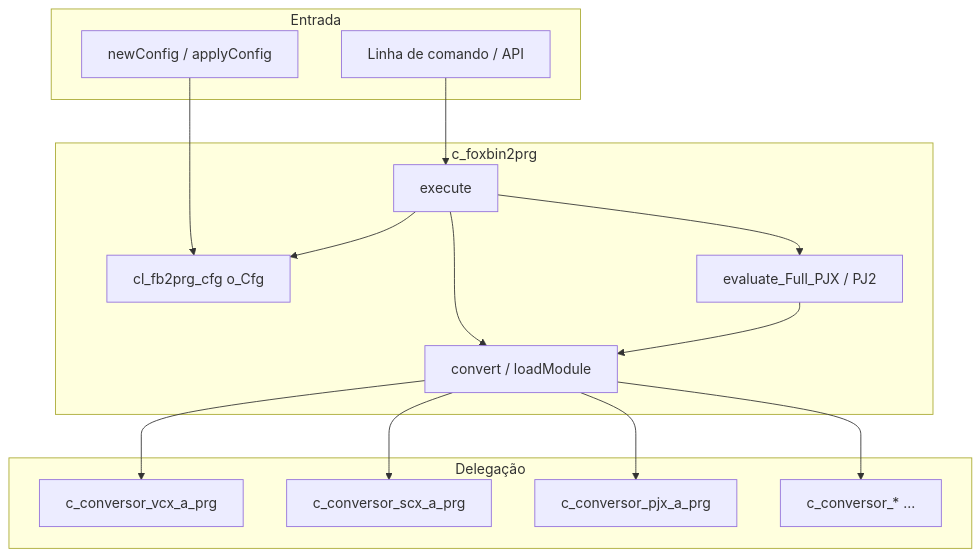
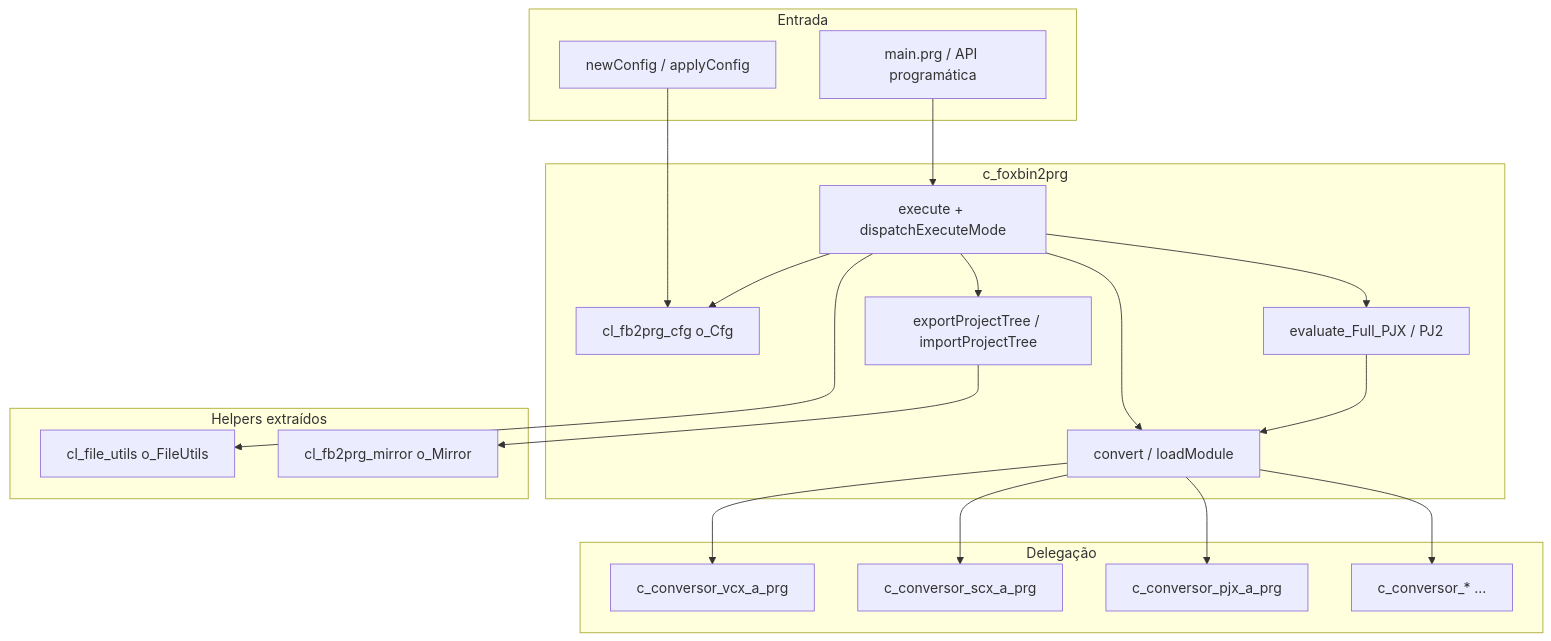
Before and after one commit to lkmatsumura/foxbin2prg: the first of 2 diagrams in docs/c_foxbin2prg_ClassAnalysis.md, drawn with Mermaid. The commit also changed other lines of this file and 2 other files, not shown here.

First line of the commit message:
refactor: Update class documentation and enhance project structure

````diff
--- a/docs/c_foxbin2prg_ClassAnalysis.md
+++ b/docs/c_foxbin2prg_ClassAnalysis.md
@@ -13,29 +13,38 @@
 ```mermaid
 flowchart TB
     subgraph entrada [Entrada]
-        CLI[Linha de comando / API]
+        CLI[main.prg / API programática]
         CFG[newConfig / applyConfig]
     end
 
     subgraph core [c_foxbin2prg]
-        EXEC[execute]
+        EXEC[execute + dispatchExecuteMode]
         CFGM[cl_fb2prg_cfg o_Cfg]
         CONV[convert / loadModule]
         PROJ[evaluate_Full_PJX / PJ2]
+        MIRR[exportProjectTree / importProjectTree]
+    end
+
+    subgraph helpers [Helpers extraídos]
+        FU[cl_file_utils o_FileUtils]
+        MIR[cl_fb2prg_mirror o_Mirror]
     end
 
     subgraph delegacao [Delegação]
         CVX[c_conversor_vcx_a_prg]
         SCX[c_conversor_scx_a_prg]
         PJX[c_conversor_pjx_a_prg]
         OUT[c_conversor_* ...]
     end
 
     CLI --> EXEC
     CFG --> CFGM
     EXEC --> CFGM
     EXEC --> PROJ
     EXEC --> CONV
+    EXEC --> MIRR
     PROJ --> CONV
+    MIRR --> MIR
+    EXEC --> FU
     CONV --> CVX & SCX & PJX & OUT
 ```
````
